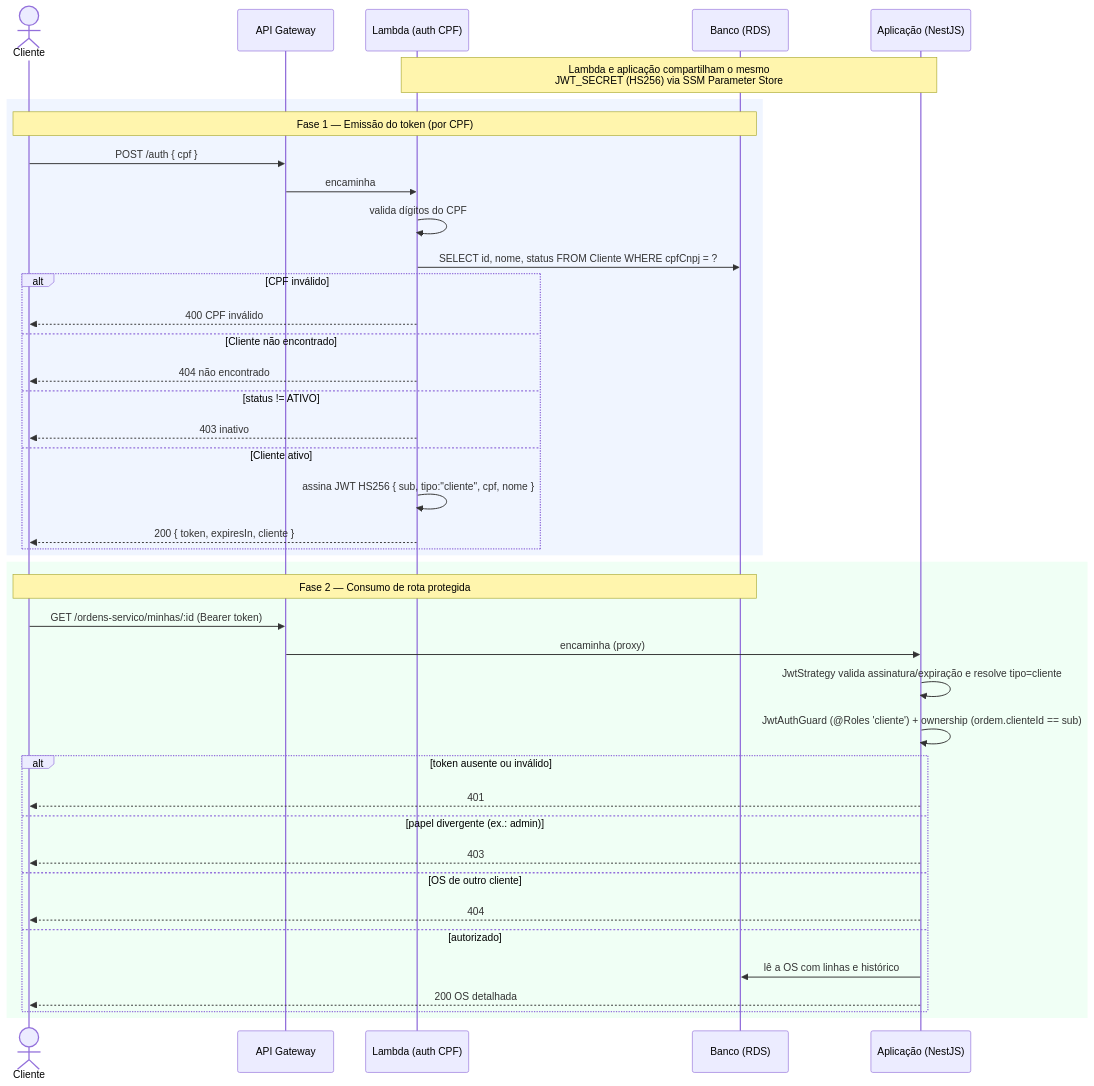
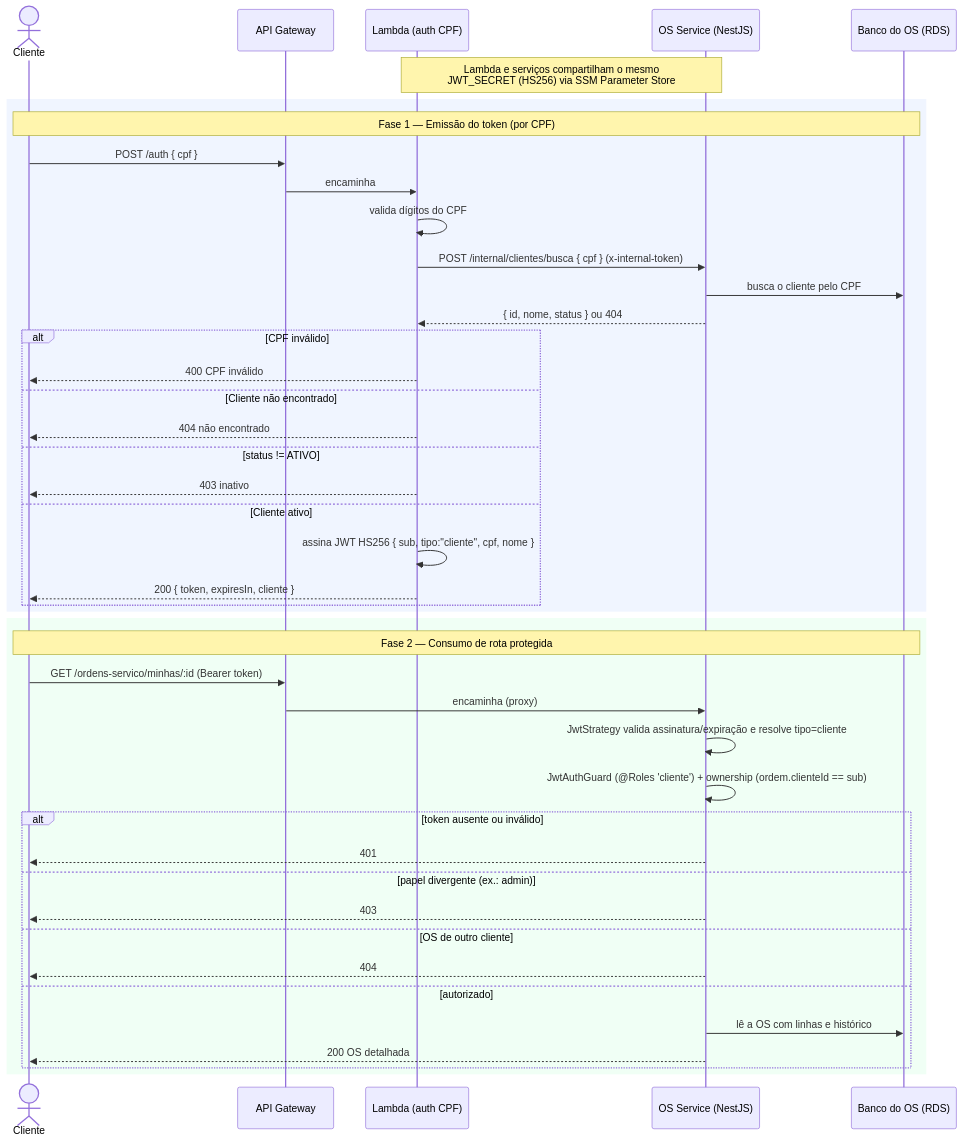
Before and after one commit to fiap-soat-oficina-tech-challenge/tech-challenge-fiap: diagram 11 of 12 in README.md, drawn with Mermaid. The commit also changed other lines of this file and 5 other files, not shown here.

````diff
--- a/README.md
+++ b/README.md
@@ -853,46 +924,48 @@
 ```mermaid
 sequenceDiagram
     actor C as Cliente
     participant GW as API Gateway
     participant L as Lambda (auth CPF)
-    participant DB as Banco (RDS)
-    participant APP as Aplicação (NestJS)
+    participant APP as OS Service (NestJS)
+    participant DB as Banco do OS (RDS)
 
-    Note over L,APP: Lambda e aplicação compartilham o mesmo<br/>JWT_SECRET (HS256) via SSM Parameter Store
+    Note over L,APP: Lambda e serviços compartilham o mesmo<br/>JWT_SECRET (HS256) via SSM Parameter Store
 
     rect rgb(240, 245, 255)
     Note over C,DB: Fase 1 — Emissão do token (por CPF)
     C->>GW: POST /auth { cpf }
     GW->>L: encaminha
     L->>L: valida dígitos do CPF
-    L->>DB: SELECT id, nome, status FROM Cliente WHERE cpfCnpj = ?
+    L->>APP: POST /internal/clientes/busca { cpf } (x-internal-token)
+    APP->>DB: busca o cliente pelo CPF
+    APP-->>L: { id, nome, status } ou 404
     alt CPF inválido
         L-->>C: 400 CPF inválido
     else Cliente não encontrado
         L-->>C: 404 não encontrado
     else status != ATIVO
         L-->>C: 403 inativo
     else Cliente ativo
         L->>L: assina JWT HS256 { sub, tipo:"cliente", cpf, nome }
         L-->>C: 200 { token, expiresIn, cliente }
     end
     end
 
     rect rgb(240, 255, 245)
     Note over C,DB: Fase 2 — Consumo de rota protegida
     C->>GW: GET /ordens-servico/minhas/:id (Bearer token)
     GW->>APP: encaminha (proxy)
     APP->>APP: JwtStrategy valida assinatura/expiração e resolve tipo=cliente
     APP->>APP: JwtAuthGuard (@Roles 'cliente') + ownership (ordem.clienteId == sub)
     alt token ausente ou inválido
         APP-->>C: 401
     else papel divergente (ex.: admin)
         APP-->>C: 403
     else OS de outro cliente
         APP-->>C: 404
     else autorizado
         APP->>DB: lê a OS com linhas e histórico
         APP-->>C: 200 OS detalhada
     end
     end
 ```
````
